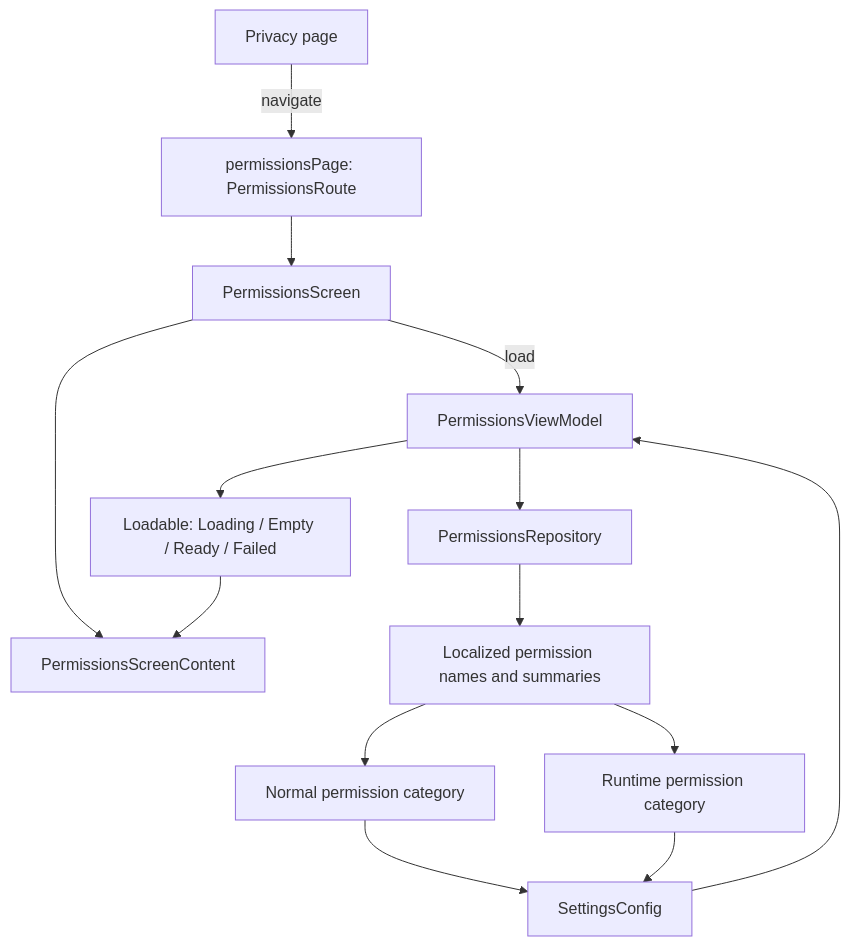
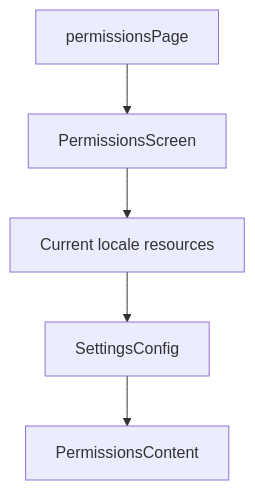
The diagram in library/feature/permissions/README.md (MihaiCristianCondrea/App-Toolkit-for-Android), drawn with Mermaid before and after one commit. The commit also changed other lines of this file and 41 other files, not shown here.

````diff
--- a/library/feature/permissions/README.md
+++ b/library/feature/permissions/README.md
@@ -42,16 +34,7 @@
 ```mermaid
 flowchart TD
-    Privacy[Privacy page] -->|navigate| Page[permissionsPage: PermissionsRoute]
-    Page --> Screen[PermissionsScreen]
-    Screen -->|load| VM[PermissionsViewModel]
-    Screen --> Content[PermissionsScreenContent]
-    VM --> Repo[PermissionsRepository]
-    Repo --> Resources[Localized permission names and summaries]
-    Resources --> Normal[Normal permission category]
-    Resources --> Runtime[Runtime permission category]
-    Normal --> Config[SettingsConfig]
-    Runtime --> Config
-    Config --> VM
-    VM --> State[Loadable: Loading / Empty / Ready / Failed]
-    State --> Content
+    Page[permissionsPage] --> Screen[PermissionsScreen]
+    Screen --> Resources[Current locale resources]
+    Resources --> Config[SettingsConfig]
+    Config --> Content[PermissionsContent]
 ```
````
